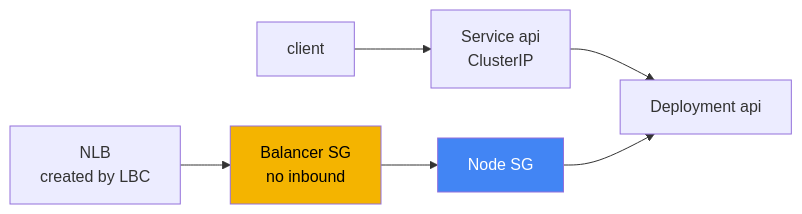
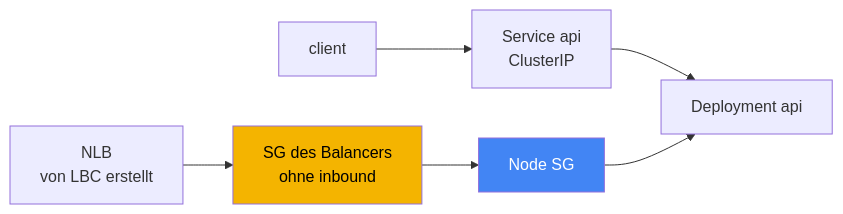
One commit to ViktorUJ/cks changed the first of 2 diagrams in tasks/eks/labs/120/README_DE.MD. Above: the diagram before and after it, drawn with Mermaid. The commit also changed other lines of this file and 221 other files, not shown here.

````diff
--- a/tasks/eks/labs/120/README_DE.MD
+++ b/tasks/eks/labs/120/README_DE.MD
@@ -61,13 +61,13 @@
 ```mermaid
 flowchart LR
     client["client"]
     svc["Service api<br>ClusterIP"]
     api["Deployment api"]
-    nlb["NLB<br>created by LBC"]
-    brokensg["Balancer SG<br>no inbound"]
+    nlb["NLB<br>von LBC erstellt"]
+    brokensg["SG des Balancers<br>ohne inbound"]
     nodesg["Node SG"]
     client --> svc --> api
     nlb --> brokensg --> nodesg --> api
     style brokensg fill:#f4b400,color:#000
     style nodesg fill:#4285f4,color:#fff
 ```
````
